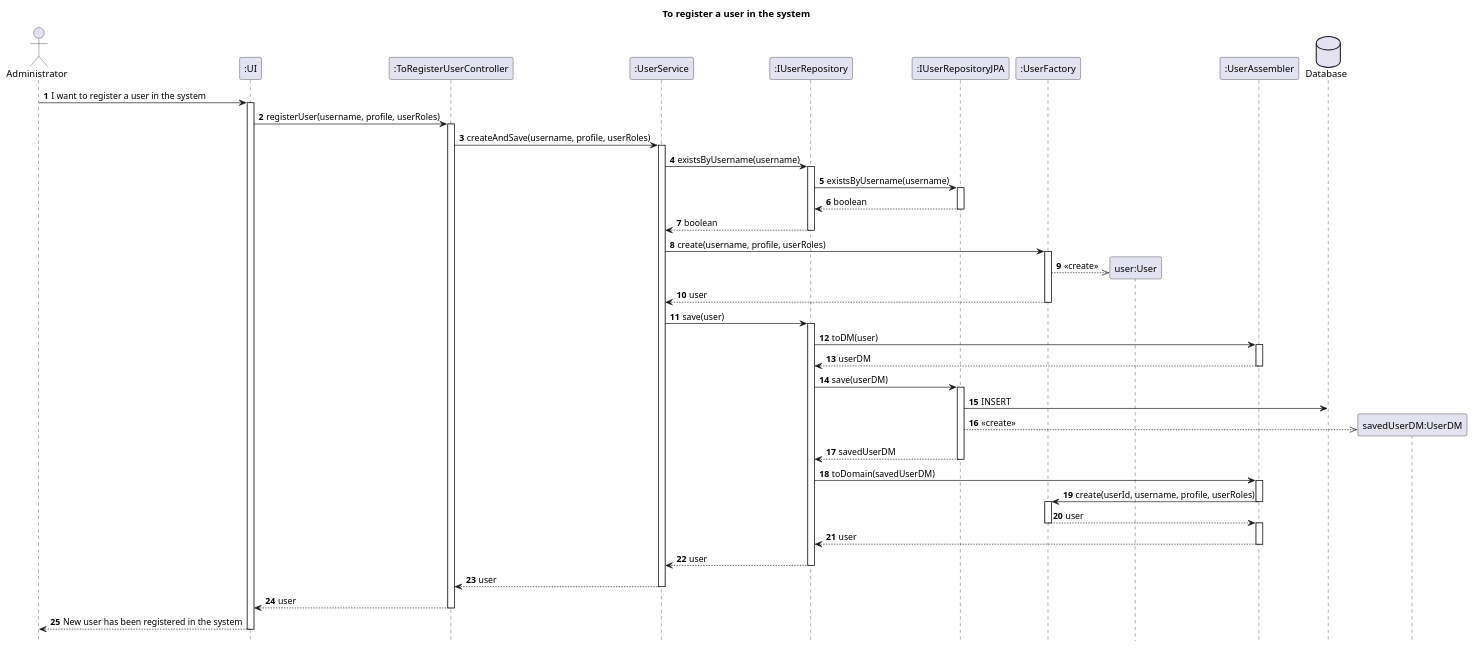
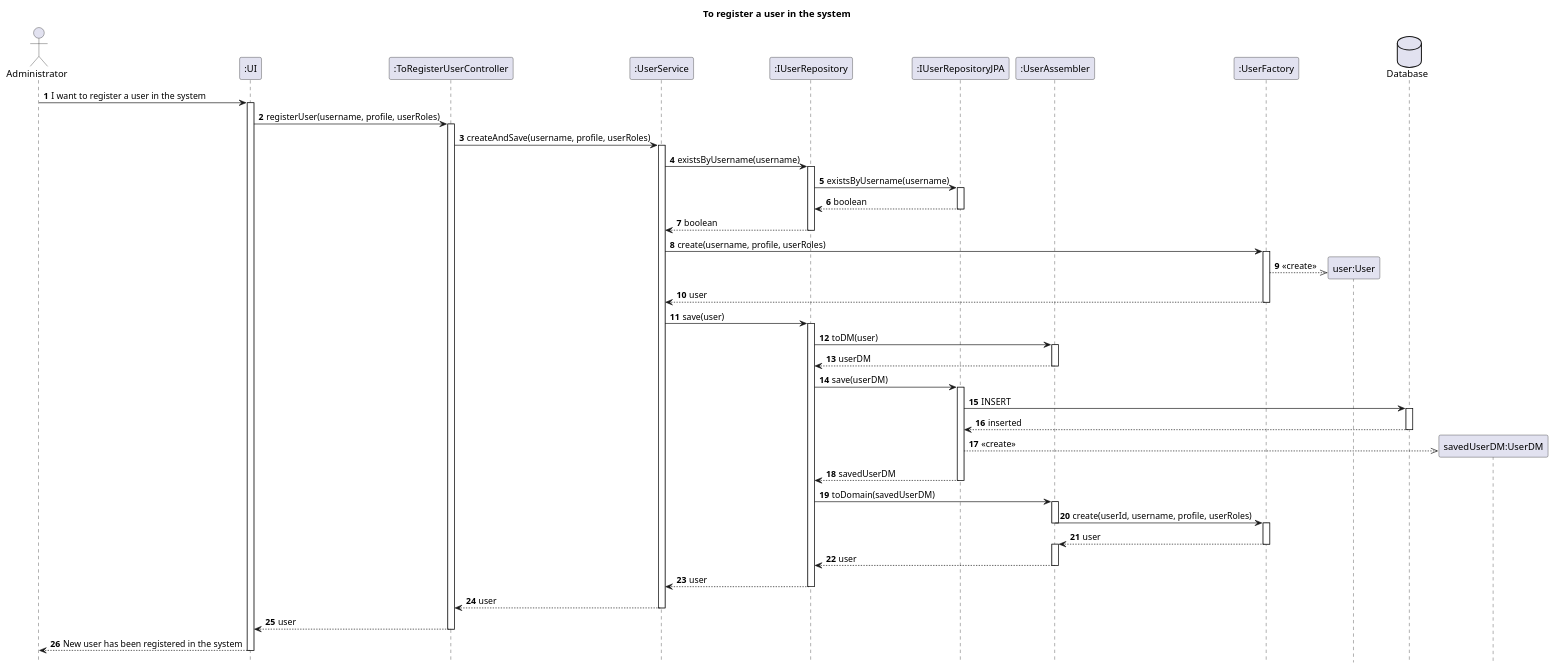
Before and after one commit to AndrePereiraGitH/SWitCH-Project-Team_A: the diagram in Diagrams/SequenceDiagrams/N2/To-register-a-user.puml, drawn with PlantUML.

Commit message:
fix #768: small fixed SD (missing return arrow from DB and reorder participant declaration)

```diff
--- a/Diagrams/SequenceDiagrams/N2/To-register-a-user.puml
+++ b/Diagrams/SequenceDiagrams/N2/To-register-a-user.puml
@@ -1,89 +1,92 @@
 @startuml
 
 hide footbox
 autonumber
 
 title To register a user in the system
 
 actor Administrator
 participant ":UI" as UI
 participant ":ToRegisterUserController" as Controller
 participant ":UserService" as Service
 participant ":IUserRepository" as Repository
 participant ":IUserRepositoryJPA" as RepositoryJPAInterface
+participant ":UserAssembler" as Assembler
 participant ":UserFactory" as Factory
 participant "user:User" as user
-participant ":UserAssembler" as Assembler
 database "Database" as DB
 participant "savedUserDM:UserDM" as savedUserDM
 
 Administrator -> UI : I want to register a user in the system
 activate UI
 
 UI -> Controller : registerUser(username, profile, userRoles)
 activate Controller
 
 Controller -> Service : createAndSave(username, profile, userRoles)
 activate Service
 
 Service -> Repository : existsByUsername(username)
 activate Repository
 Repository -> RepositoryJPAInterface : existsByUsername(username)
 activate RepositoryJPAInterface
 RepositoryJPAInterface --> Repository : boolean
 deactivate RepositoryJPAInterface
 Repository --> Service : boolean
 deactivate Repository
 
 Service -> Factory : create(username, profile, userRoles)
 activate Factory
 
 Factory -->> user ** : <<create>>
 
 Factory --> Service : user
 deactivate Factory
 
 Service -> Repository : save(user)
 activate Repository
 
 Repository -> Assembler : toDM(user)
 activate Assembler
 Assembler --> Repository : userDM
 deactivate Assembler
 
 Repository -> RepositoryJPAInterface : save(userDM)
 activate RepositoryJPAInterface
 
 RepositoryJPAInterface -> DB : INSERT
+activate DB
+DB --> RepositoryJPAInterface : inserted
+deactivate DB
 RepositoryJPAInterface -->> savedUserDM ** : <<create>>
 
 RepositoryJPAInterface --> Repository : savedUserDM
 deactivate RepositoryJPAInterface
 
 Repository -> Assembler : toDomain(savedUserDM)
 activate Assembler
 
 Assembler -> Factory : create(userId, username, profile, userRoles)
 deactivate Assembler
 
 activate Factory
 Factory --> Assembler : user
 deactivate Factory
 
 activate Assembler
 Assembler --> Repository : user
 deactivate Assembler
 
 Repository --> Service : user
 deactivate Repository
 
 Service --> Controller : user
 deactivate Service
 
 Controller --> UI : user
 deactivate Controller
 
 UI --> Administrator : New user has been registered in the system
 deactivate UI
 
 @enduml
```
